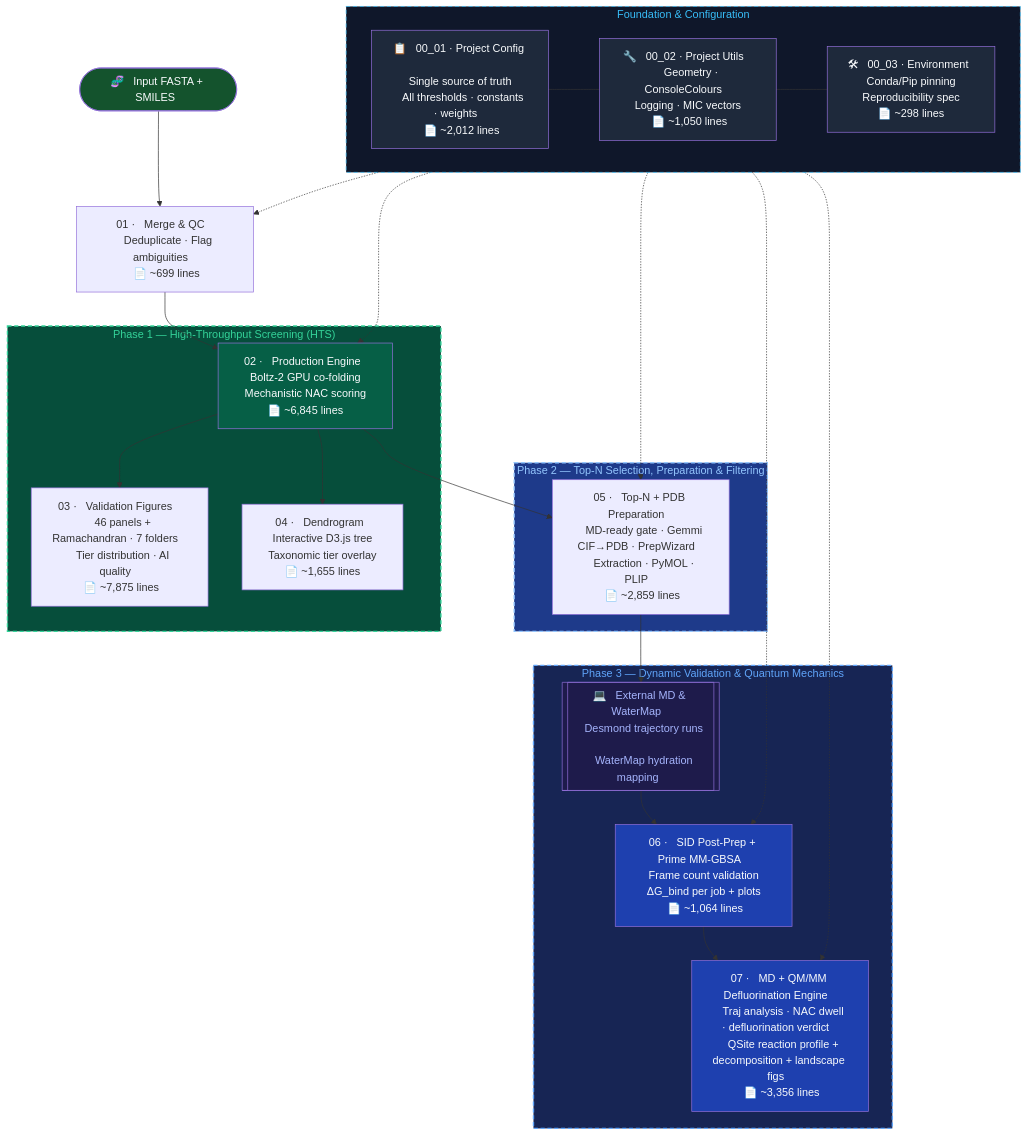
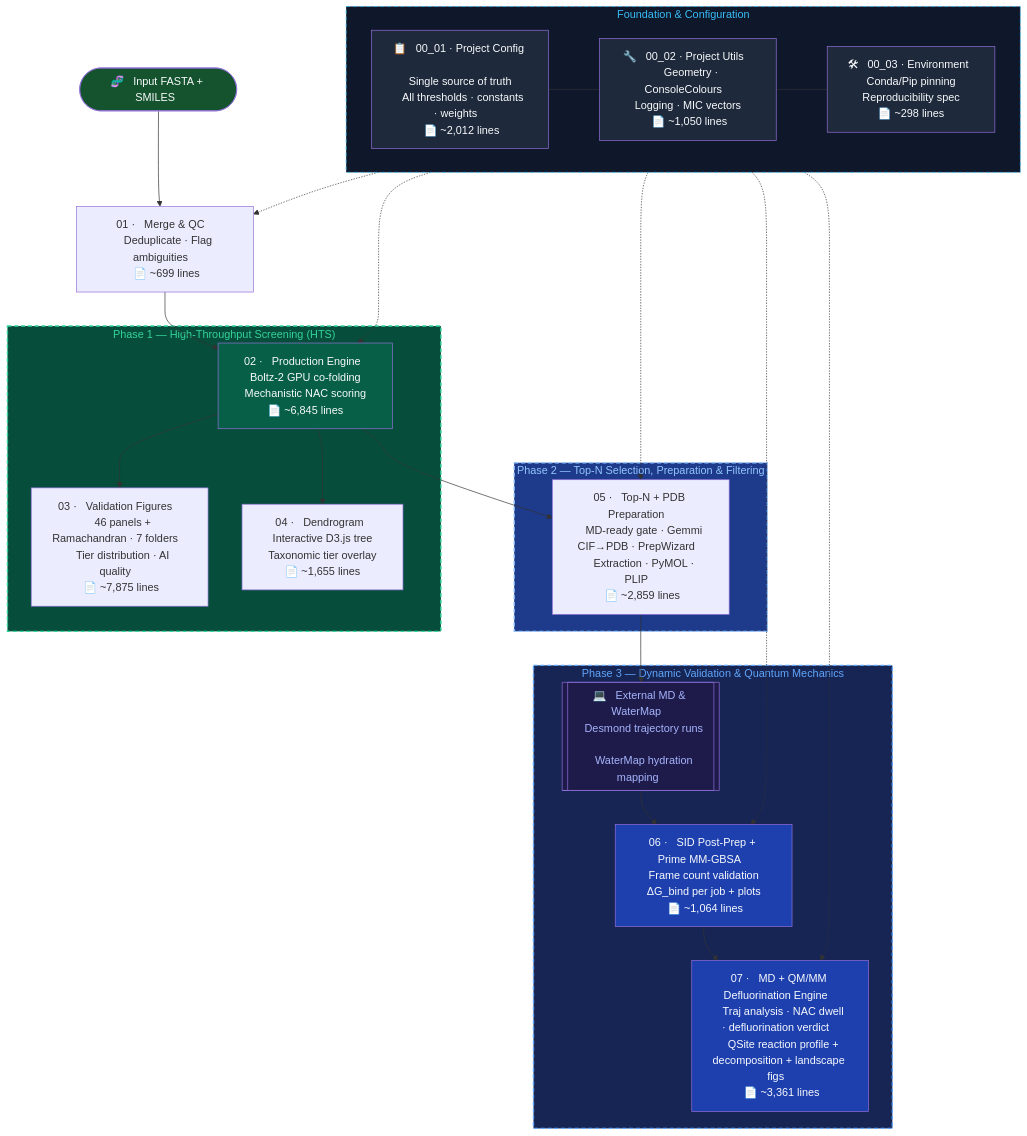
One commit to KU-MGB/DeFluorX changed the diagram in README.md. Above: the diagram before and after it, drawn with Mermaid. The commit also changed 1 other file, not shown here.

Commit message:
docs(07): add §5a dashboards banner + normalise §8 subsections to 8a/8b
Balances the last large section (§5 ~540 lines) with a 5a banner over the three
pre-existing dashboards, and renumbers §8 to 8a (persistence) / 8b (per-job
engine) so every sub-sectioned section starts at 'a' (uniform with 5a/5b, 7a/7b).

````diff
--- a/README.md
+++ b/README.md
@@ -189,56 +189,56 @@
 ```mermaid
 flowchart TD
     subgraph FOUNDATION["  Foundation & Configuration  "]
         CFG["📋 &nbsp; 00_01 · Project Config &nbsp; \n &nbsp; Single source of truth &nbsp; \n &nbsp; All thresholds · constants · weights &nbsp; \n &nbsp; 📄 ~2,012 lines &nbsp; "]
         UTL["🔧 &nbsp; 00_02 · Project Utils &nbsp; \n &nbsp; Geometry · ConsoleColours &nbsp; \n &nbsp; Logging · MIC vectors &nbsp; \n &nbsp; 📄 ~1,050 lines &nbsp; "]
         ENV["🛠 &nbsp; 00_03 · Environment &nbsp; \n &nbsp; Conda/Pip pinning &nbsp; \n &nbsp; Reproducibility spec &nbsp; \n &nbsp; 📄 ~298 lines &nbsp; "]
         CFG --- UTL --- ENV
     end
 
     START([🧬 &nbsp; Input FASTA + SMILES &nbsp;]) --> M1
     M1["01 · &nbsp; Merge & QC &nbsp; \n &nbsp; Deduplicate · Flag ambiguities &nbsp; \n &nbsp; 📄 ~699 lines &nbsp; "] --> M2
 
     subgraph PHASE1["  Phase 1 — High-Throughput Screening (HTS)  "]
         M2["02 · &nbsp; Production Engine &nbsp; \n &nbsp; Boltz-2 GPU co-folding &nbsp; \n &nbsp; Mechanistic NAC scoring &nbsp; \n &nbsp; 📄 ~6,845 lines &nbsp; "]
         M3["03 · &nbsp; Validation Figures &nbsp; \n &nbsp; 46 panels + Ramachandran · 7 folders &nbsp; \n &nbsp; Tier distribution · AI quality &nbsp; \n &nbsp; 📄 ~7,875 lines &nbsp; "]
         M4["04 · &nbsp; Dendrogram &nbsp; \n &nbsp; Interactive D3.js tree &nbsp; \n &nbsp; Taxonomic tier overlay &nbsp; \n &nbsp; 📄 ~1,655 lines &nbsp; "]
         M2 --> M3
         M2 --> M4
     end
 
     M2 --> M5
 
     subgraph PHASE2["  Phase 2 — Top-N Selection, Preparation & Filtering  "]
         M5["05 · &nbsp; Top-N + PDB Preparation &nbsp; \n &nbsp; MD-ready gate · Gemmi CIF→PDB · PrepWizard &nbsp; \n &nbsp; Extraction · PyMOL · PLIP &nbsp; \n &nbsp; 📄 ~2,859 lines &nbsp; "]
     end
 
     M5 --> EXT_MD
 
     subgraph PHASE3["  Phase 3 — Dynamic Validation & Quantum Mechanics  "]
         EXT_MD[["💻 &nbsp; External MD & WaterMap &nbsp; \n &nbsp; Desmond trajectory runs &nbsp; \n &nbsp; WaterMap hydration mapping &nbsp;"]]
         M6["06 · &nbsp; SID Post-Prep + Prime MM-GBSA &nbsp; \n &nbsp; Frame count validation &nbsp; \n &nbsp; ΔG_bind per job + plots &nbsp; \n &nbsp; 📄 ~1,064 lines &nbsp; "]
-        M7["07 · &nbsp; MD + QM/MM Defluorination Engine &nbsp; \n &nbsp; Traj analysis · NAC dwell · defluorination verdict &nbsp; \n &nbsp; QSite reaction profile + decomposition + landscape figs &nbsp; \n &nbsp; 📄 ~3,356 lines &nbsp; "]
+        M7["07 · &nbsp; MD + QM/MM Defluorination Engine &nbsp; \n &nbsp; Traj analysis · NAC dwell · defluorination verdict &nbsp; \n &nbsp; QSite reaction profile + decomposition + landscape figs &nbsp; \n &nbsp; 📄 ~3,361 lines &nbsp; "]
         EXT_MD --> M6 --> M7
     end
 
     %% Dependencies
     FOUNDATION -.-> M1
     FOUNDATION -.-> M2
     FOUNDATION -.-> M5
     FOUNDATION -.-> M6
     FOUNDATION -.-> M7
 
     style FOUNDATION fill:#0f172a,color:#38bdf8,stroke:#38bdf8
     style CFG fill:#1e293b,color:#f8fafc
     style UTL fill:#1e293b,color:#f8fafc
     style ENV fill:#1e293b,color:#f8fafc
     style PHASE1 fill:#064e3b,color:#34d399,stroke:#34d399,stroke-width:2px,stroke-dasharray: 6 4
     style PHASE2 fill:#1e3a8a,color:#93c5fd,stroke:#93c5fd,stroke-width:2px,stroke-dasharray: 6 4
     style PHASE3 fill:#172554,color:#60a5fa,stroke:#60a5fa,stroke-width:2px,stroke-dasharray: 6 4
     style FOUNDATION stroke-dasharray: 6 4
     style M2 fill:#065f46,color:#f8fafc
     style M6 fill:#1e40af,color:#f8fafc
     style M7 fill:#1e40af,color:#f8fafc
     style START fill:#14532d,color:#f8fafc
     style EXT_MD fill:#1e1b4b,color:#a5b4fc
 ```
````
